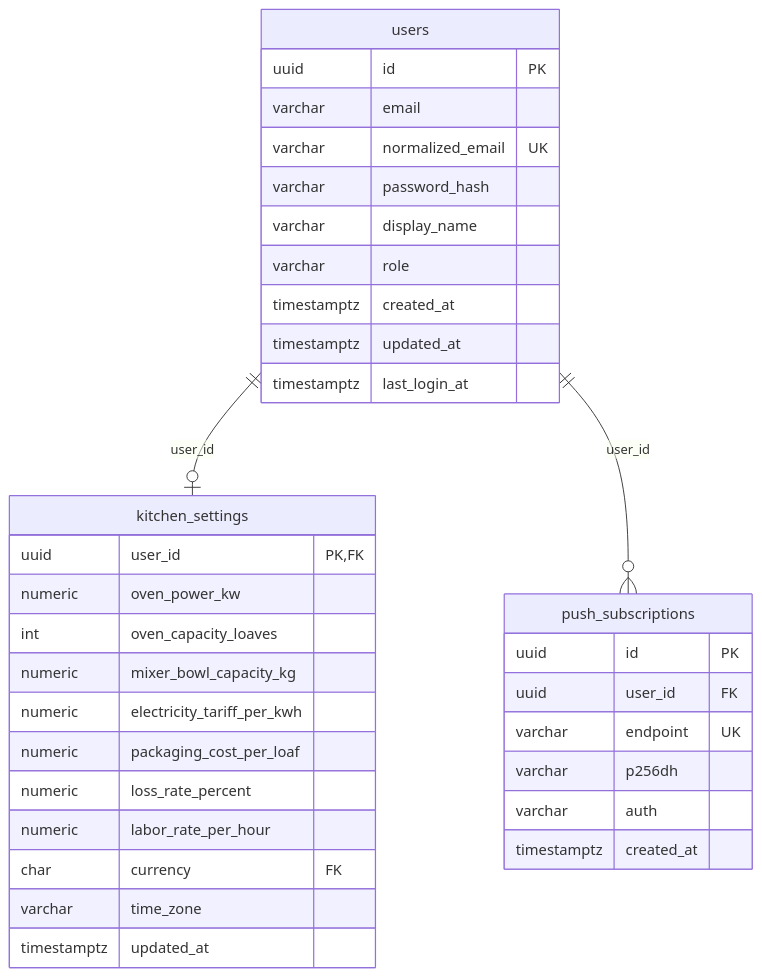
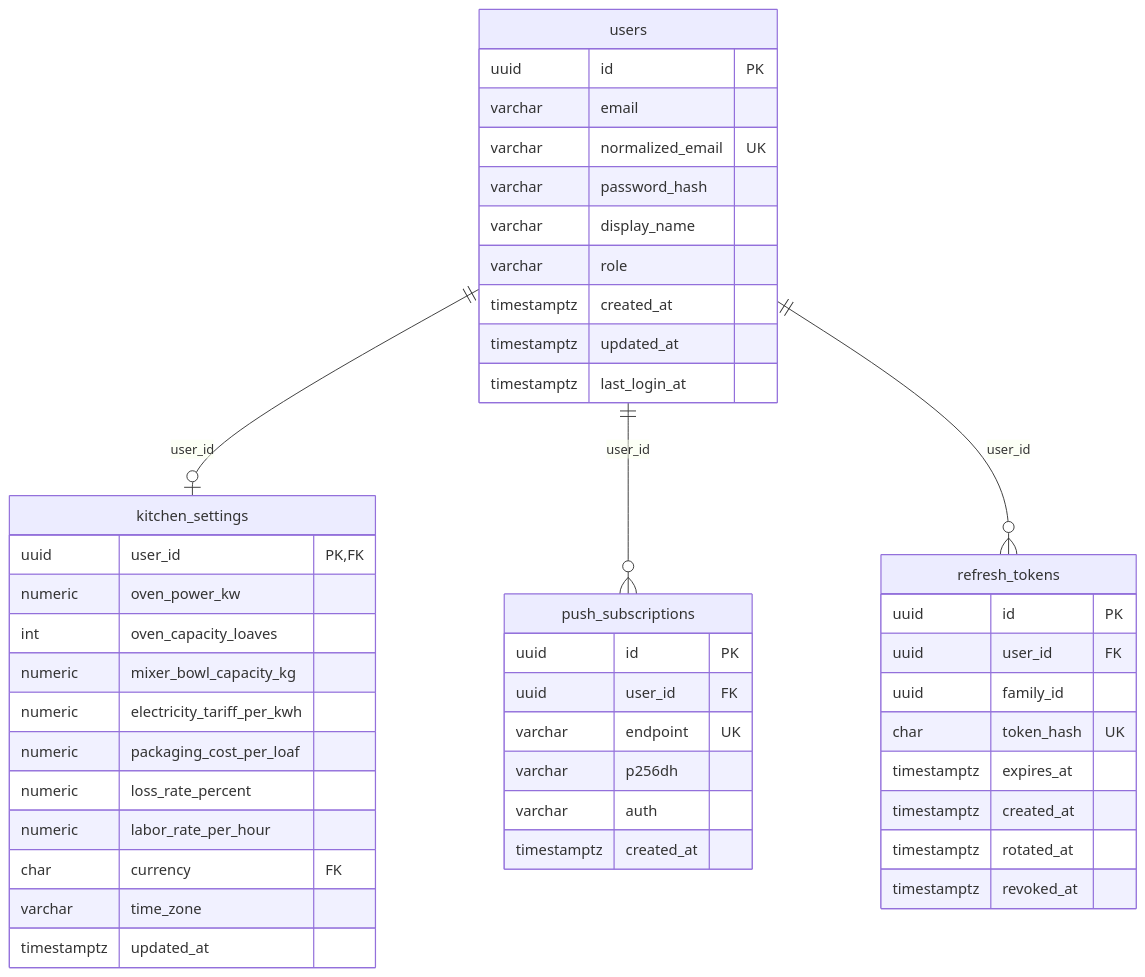
Before and after one commit to fedokgeniy/OneLoaf-BackEnd: the first of 8 diagrams in docs/db/logical-schema.md, drawn with Mermaid. The commit also changed other lines of this file and 120 other files, not shown here.

Commit message:
Regenerate the API reference, the DDL script and the database documentation for refresh tokens and describe the silent session refresh

````diff
--- a/docs/db/logical-schema.md
+++ b/docs/db/logical-schema.md
@@ -44,37 +44,48 @@
 ```mermaid
 erDiagram
     kitchen_settings {
         uuid user_id PK,FK
         numeric oven_power_kw
         int oven_capacity_loaves
         numeric mixer_bowl_capacity_kg
         numeric electricity_tariff_per_kwh
         numeric packaging_cost_per_loaf
         numeric loss_rate_percent
         numeric labor_rate_per_hour
         char currency FK
         varchar time_zone
         timestamptz updated_at
     }
     push_subscriptions {
         uuid id PK
         uuid user_id FK
         varchar endpoint UK
         varchar p256dh
         varchar auth
         timestamptz created_at
     }
+    refresh_tokens {
+        uuid id PK
+        uuid user_id FK
+        uuid family_id
+        char token_hash UK
+        timestamptz expires_at
+        timestamptz created_at
+        timestamptz rotated_at
+        timestamptz revoked_at
+    }
     users {
         uuid id PK
         varchar email
         varchar normalized_email UK
         varchar password_hash
         varchar display_name
         varchar role
         timestamptz created_at
         timestamptz updated_at
         timestamptz last_login_at
     }
     users ||--o| kitchen_settings : "user_id"
     users ||--o{ push_subscriptions : "user_id"
+    users ||--o{ refresh_tokens : "user_id"
 ```
````
